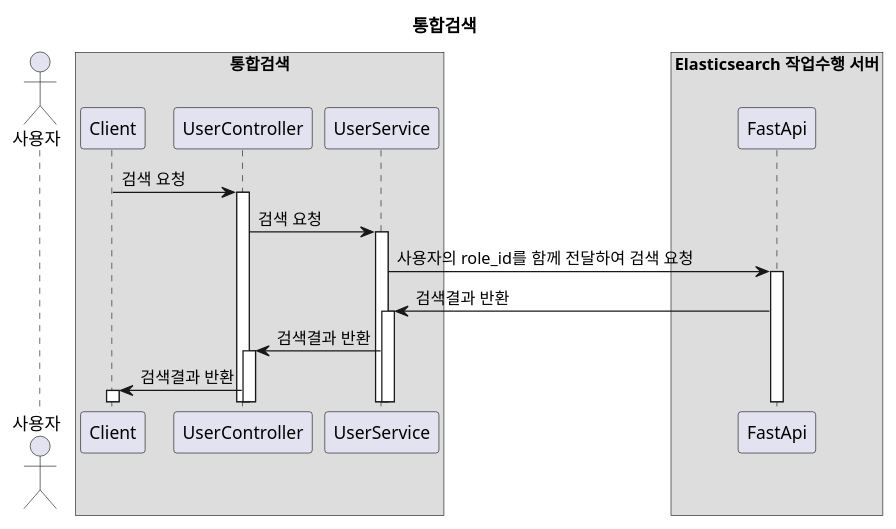
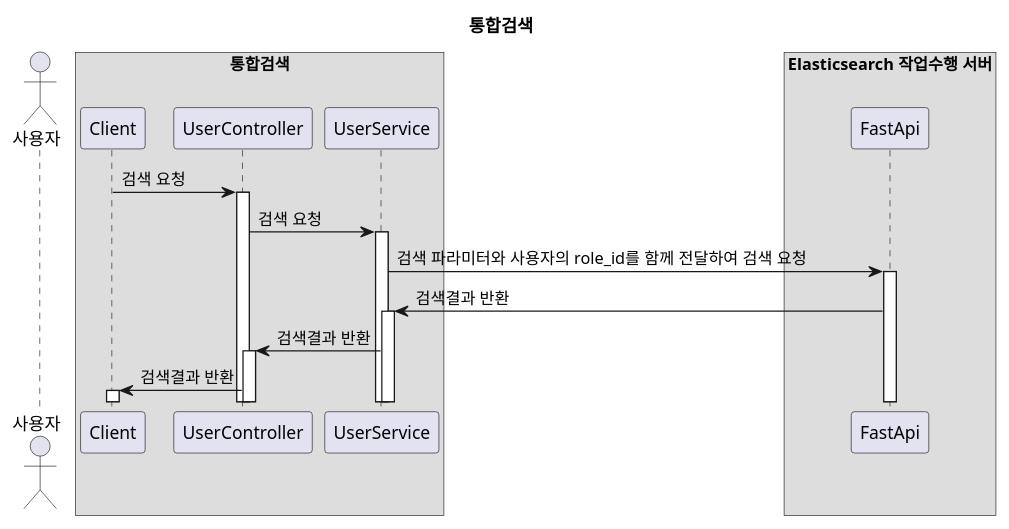
The diagram in project/portal/docs/search_process.puml (DataFabricTech/DataFabricVisual), drawn with PlantUML before and after one commit. The commit also changed 2 other files, not shown here.

Commit message:
mod. 프로세스 UML 수정

```diff
--- a/project/portal/docs/search_process.puml
+++ b/project/portal/docs/search_process.puml
@@ -1,26 +1,26 @@
 @startuml
 
 autoactivate on
 
 title 통합검색
 
 actor 사용자 as user
 
 box "통합검색"
 participant Client as client
 participant UserController as userController
 participant UserService as userService
 end box
 
 box "Elasticsearch 작업수행 서버"
 participant FastApi as fastApi
 end box
 
 client -> userController : 검색 요청
 userController -> userService : 검색 요청
-userService -> fastApi : 사용자의 role_id를 함께 전달하여 검색 요청
+userService -> fastApi : 검색 파라미터와 사용자의 role_id를 함께 전달하여 검색 요청
 fastApi -> userService : 검색결과 반환
 userService -> userController : 검색결과 반환
 userController -> client : 검색결과 반환
 
 @enduml
```
